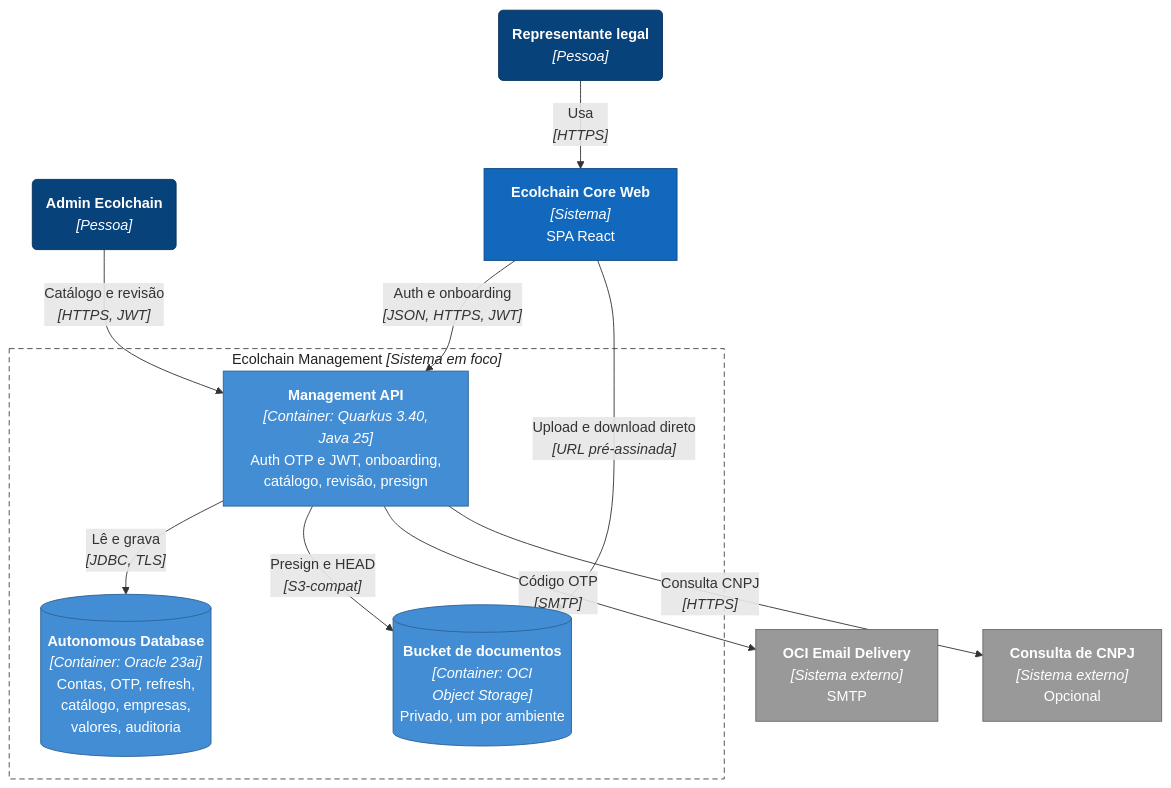
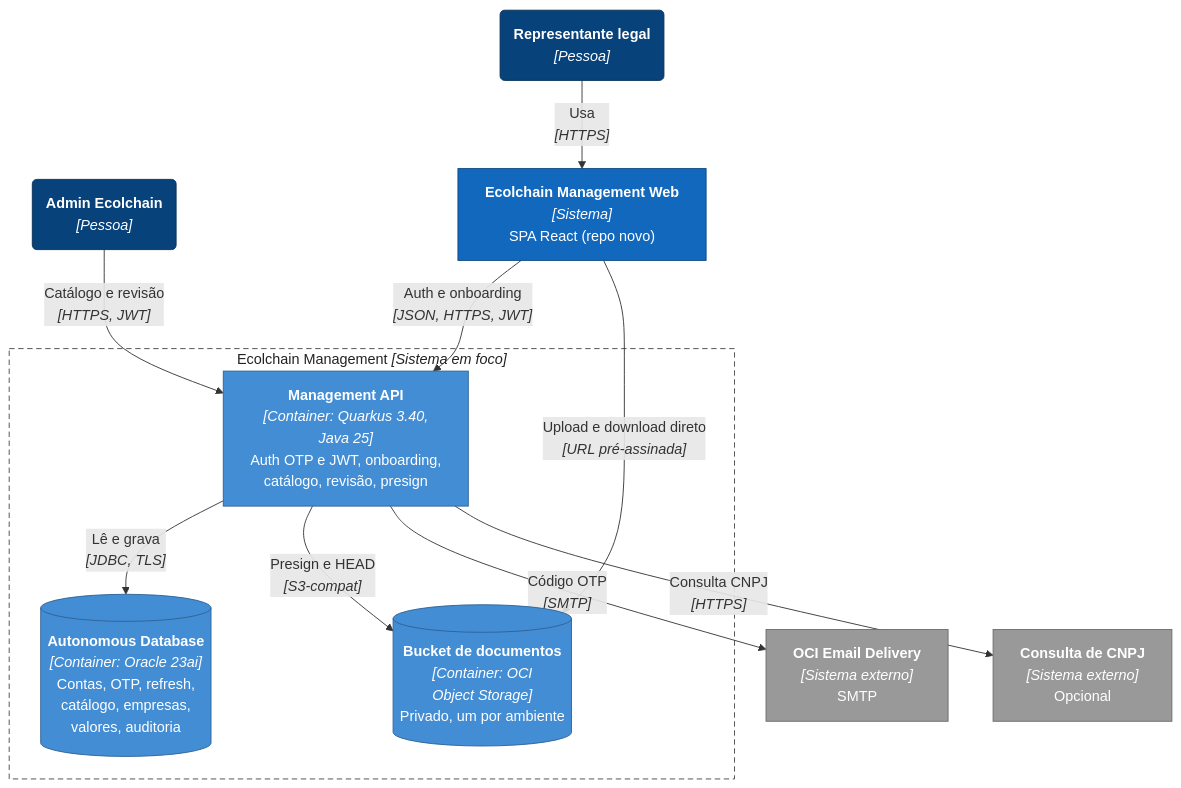
Before and after one commit to ECOLchain/ecolchain-management-api: the second of 8 diagrams in docs/proposta-auth-onboarding.md, drawn with Mermaid. The commit also changed other lines of this file and 5 other files, not shown here.

````diff
--- a/docs/proposta-auth-onboarding.md
+++ b/docs/proposta-auth-onboarding.md
@@ -111,30 +144,30 @@
 ```mermaid
 %%{init: {"flowchart": {"wrappingWidth": 360}}}%%
 flowchart TB
     classDef person fill:#08427b,stroke:#052e56,color:#ffffff
     classDef system fill:#1168bd,stroke:#0b4884,color:#ffffff
     classDef ext fill:#999999,stroke:#6b6b6b,color:#ffffff
     classDef container fill:#438dd5,stroke:#2e6295,color:#ffffff
 
     owner("<b>Representante legal</b><br/><i>[Pessoa]</i>"):::person
     admin("<b>Admin Ecolchain</b><br/><i>[Pessoa]</i>"):::person
-    web["<b>Ecolchain Core Web</b><br/><i>[Sistema]</i><br/>SPA React"]:::system
+    web["<b>Ecolchain Management Web</b><br/><i>[Sistema]</i><br/>SPA React (repo novo)"]:::system
     mail["<b>OCI Email Delivery</b><br/><i>[Sistema externo]</i><br/>SMTP"]:::ext
     cnpj["<b>Consulta de CNPJ</b><br/><i>[Sistema externo]</i><br/>Opcional"]:::ext
 
     subgraph mgmt["Ecolchain Management  <i>[Sistema em foco]</i>"]
         api["<b>Management API</b><br/><i>[Container: Quarkus 3.40,<br/>Java 25]</i><br/>Auth OTP e JWT, onboarding,<br/>catálogo, revisão, presign"]:::container
         db[("<b>Autonomous Database</b><br/><i>[Container: Oracle 23ai]</i><br/>Contas, OTP, refresh,<br/>catálogo, empresas,<br/>valores, auditoria")]:::container
         bucket[("<b>Bucket de documentos</b><br/><i>[Container: OCI<br/>Object Storage]</i><br/>Privado, um por ambiente")]:::container
     end
     style mgmt fill:#ffffff,stroke:#444444,stroke-dasharray:6 4,color:#222222
 
     owner -->|"Usa<br/><i>[HTTPS]</i>"| web
     web -->|"Auth e onboarding<br/><i>[JSON, HTTPS, JWT]</i>"| api
     admin -->|"Catálogo e revisão<br/><i>[HTTPS, JWT]</i>"| api
     api -->|"Lê e grava<br/><i>[JDBC, TLS]</i>"| db
     api -->|"Presign e HEAD<br/><i>[S3-compat]</i>"| bucket
     web -->|"Upload e download direto<br/><i>[URL pré-assinada]</i>"| bucket
     api -->|"Código OTP<br/><i>[SMTP]</i>"| mail
     api -->|"Consulta CNPJ<br/><i>[HTTPS]</i>"| cnpj
 ```
````
